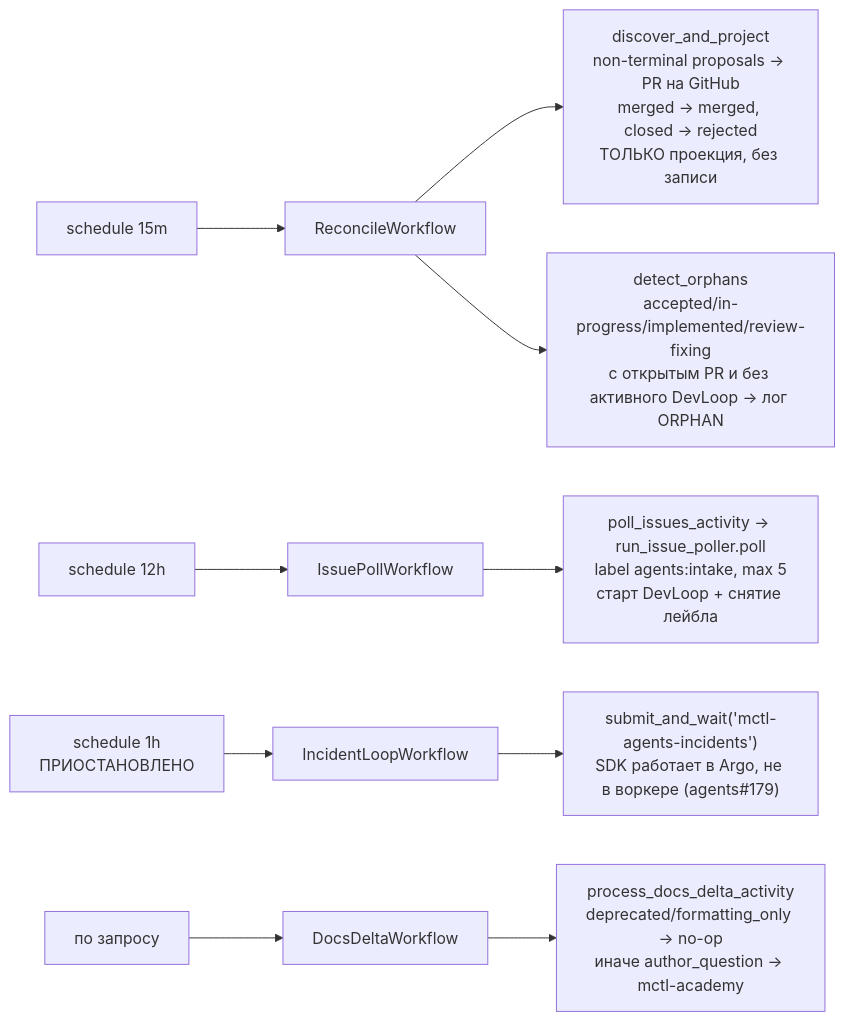
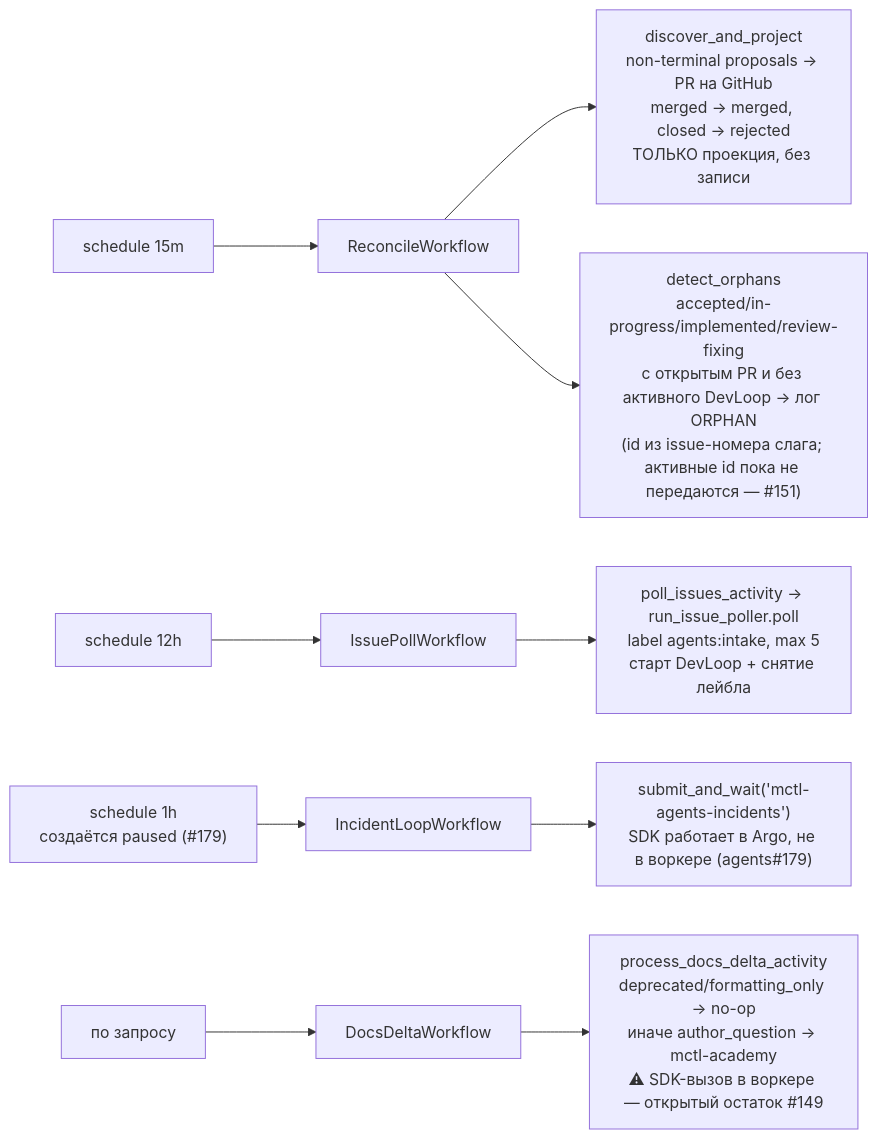
Before and after one commit to mctlhq/mctl-agents: the fourth of 4 diagrams in docs/temporal-flow.md, drawn with Mermaid. The commit also changed other lines of this file and 6 other files, not shown here.

First line of the commit message:
docs: sync temporal-flow, README, inventory with atomic approve and phase 6

````diff
--- a/docs/temporal-flow.md
+++ b/docs/temporal-flow.md
@@ -141,15 +155,15 @@
 ```mermaid
 flowchart LR
     S1["schedule 15m"] --> REC["ReconcileWorkflow"]
     REC --> D["discover_and_project<br/>non-terminal proposals → PR на GitHub<br/>merged → merged, closed → rejected<br/>ТОЛЬКО проекция, без записи"]
-    REC --> O["detect_orphans<br/>accepted/in-progress/implemented/review-fixing<br/>с открытым PR и без активного DevLoop → лог ORPHAN"]
+    REC --> O["detect_orphans<br/>accepted/in-progress/implemented/review-fixing<br/>с открытым PR и без активного DevLoop → лог ORPHAN<br/>(id из issue-номера слага; активные id пока не передаются — #151)"]
 
     S2["schedule 12h"] --> ISS["IssuePollWorkflow"]
     ISS --> P["poll_issues_activity → run_issue_poller.poll<br/>label agents:intake, max 5<br/>старт DevLoop + снятие лейбла"]
 
-    S3["schedule 1h<br/>ПРИОСТАНОВЛЕНО"] --> INC["IncidentLoopWorkflow"]
+    S3["schedule 1h<br/>создаётся paused (#179)"] --> INC["IncidentLoopWorkflow"]
     INC --> I["submit_and_wait('mctl-agents-incidents')<br/>SDK работает в Argo, не в воркере (agents#179)"]
 
     S4["по запросу"] --> DOC["DocsDeltaWorkflow"]
-    DOC --> DD["process_docs_delta_activity<br/>deprecated/formatting_only → no-op<br/>иначе author_question → mctl-academy"]
+    DOC --> DD["process_docs_delta_activity<br/>deprecated/formatting_only → no-op<br/>иначе author_question → mctl-academy<br/>⚠ SDK-вызов в воркере — открытый остаток #149"]
 ```
````
